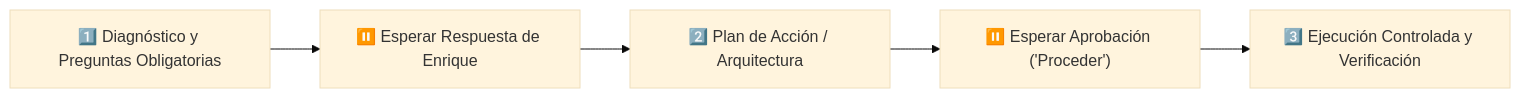
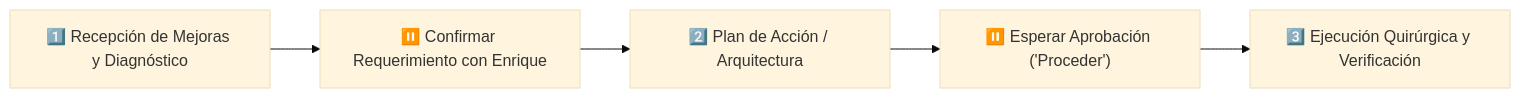
One commit to EMarines/matchhome-site changed the diagram in PROMPT_MAESTRO.md. Above: the diagram before and after it, drawn with Mermaid (base theme). The commit also changed other lines of this file and 3 other files, not shown here.

````diff
--- a/PROMPT_MAESTRO.md
+++ b/PROMPT_MAESTRO.md
@@ -33,7 +41,7 @@
 ```mermaid
 flowchart LR
-    Fase1["1️⃣ Diagnóstico y Preguntas Obligatorias"] --> Espera1["⏸️ Esperar Respuesta de Enrique"]
+    Fase1["1️⃣ Recepción de Mejoras y Diagnóstico"] --> Espera1["⏸️ Confirmar Requerimiento con Enrique"]
     Espera1 --> Fase2["2️⃣ Plan de Acción / Arquitectura"]
-    Espera2 --> Fase3["3️⃣ Ejecución Controlada y Verificación"]
+    Espera2 --> Fase3["3️⃣ Ejecución Quirúrgica y Verificación"]
     Fase2 --> Espera2["⏸️ Esperar Aprobación ('Proceder')"]
 ```
````
